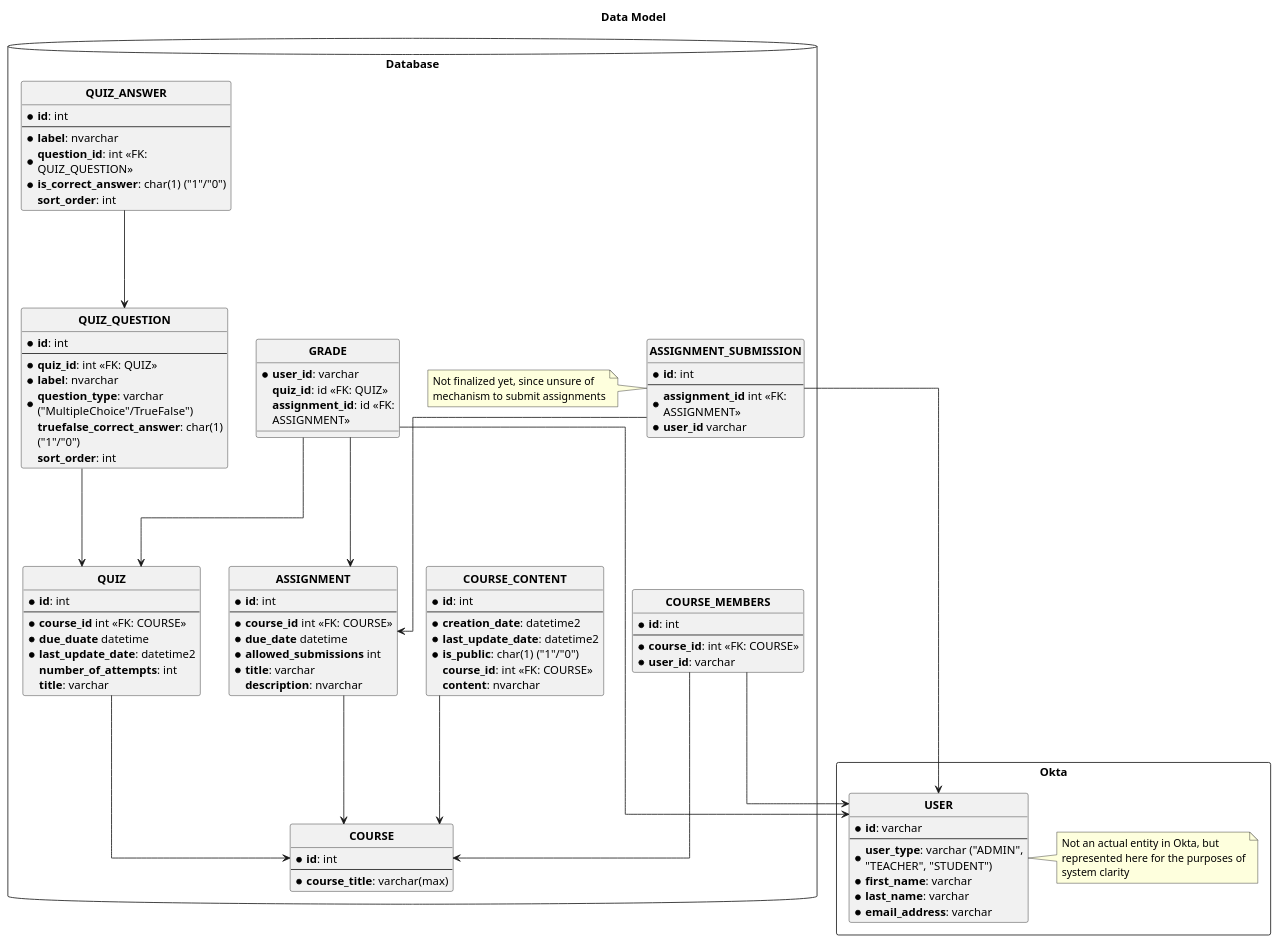
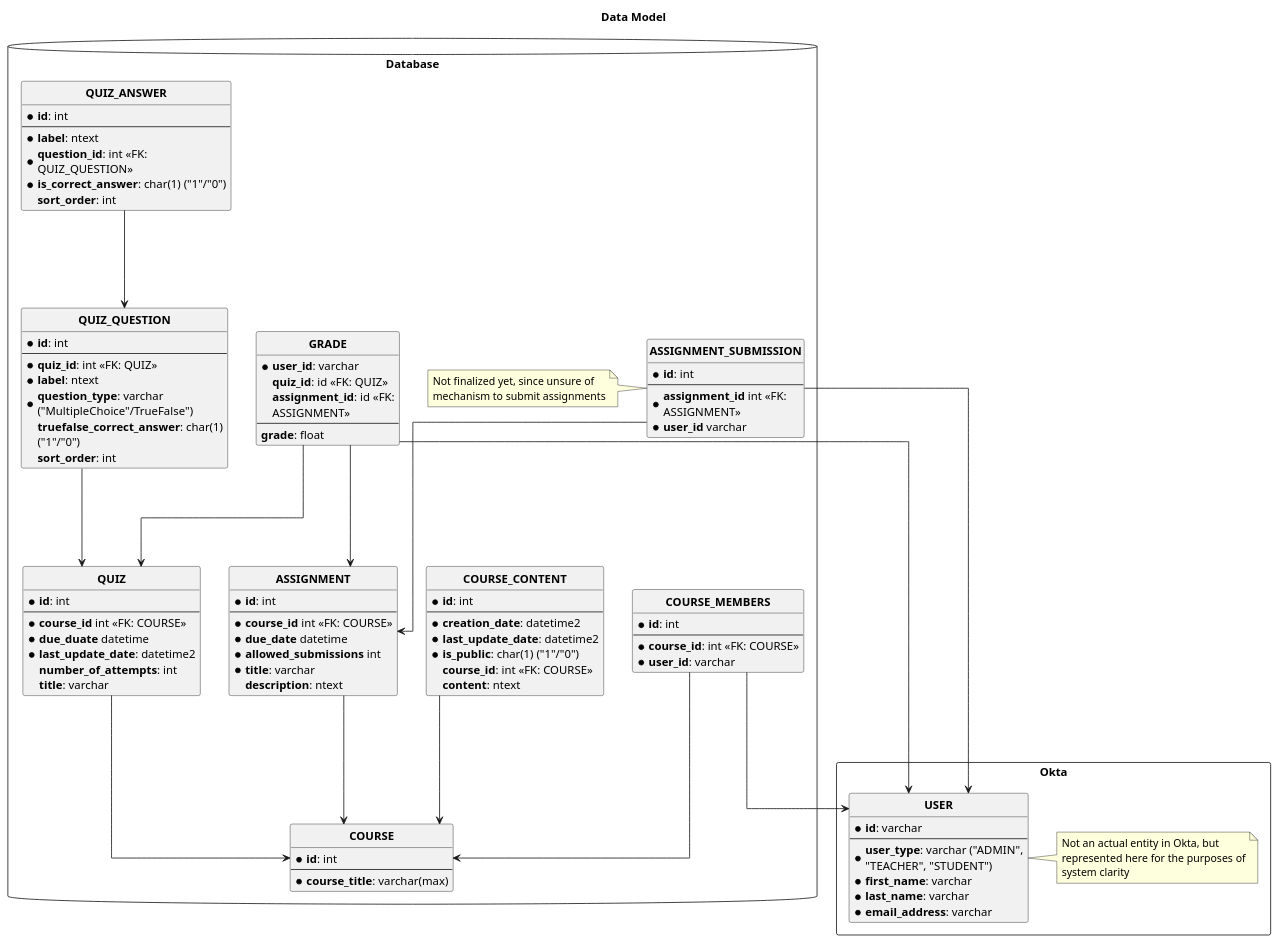
Before and after one commit to lightbulb-lms/documentation: the diagram in source/ERDiagram.puml, drawn with PlantUML.

Commit message:
Add grade value to grade Changed type to ntext for SQL Server support

```diff
--- a/source/ERDiagram.puml
+++ b/source/ERDiagram.puml
@@ -1,118 +1,120 @@
 @startuml
 skinparam WrapWidth 250
 skinparam MaxMessageSize 250
 title Data Model
 
 ' hide "E" circle around all entities
 hide circle
 
 ' avoid problems with angled crows feet
 skinparam linetype ortho
 
 package Okta <<Rectangle>> {
     entity "**USER**" as u {
         * **id**: varchar
         --
         * **user_type**: varchar ("ADMIN", "TEACHER", "STUDENT")
         * **first_name**: varchar
         * **last_name**: varchar
         * **email_address**: varchar
     }
     note right
         Not an actual entity in Okta, but represented here for the purposes of system clarity
     end note
 }
 
 package Database <<Database>> {
     entity "**COURSE**" as c {
         * **id**: int
         --
         * **course_title**: varchar(max)
     }
 
     entity "**COURSE_MEMBERS**" as cm {
         * **id**: int
         --
         * **course_id**: int <<FK: COURSE>>
         * **user_id**: varchar
     }
 
     entity "**COURSE_CONTENT**" as cc {
         * **id**: int
         --
         * **creation_date**: datetime2
         * **last_update_date**: datetime2
         * **is_public**: char(1) ("1"/"0")
         **course_id**: int <<FK: COURSE>>
-        **content**: nvarchar
+        **content**: ntext
     }
 
     entity "**QUIZ**" as q {
         * **id**: int
         --
         * **course_id** int <<FK: COURSE>>
         * **due_duate** datetime
         * **last_update_date**: datetime2
         **number_of_attempts**: int
         **title**: varchar
     }
 
     entity "**QUIZ_QUESTION**" as qq {
         * **id**: int
         --
         * **quiz_id**: int <<FK: QUIZ>>
-        * **label**: nvarchar
+        * **label**: ntext
         * **question_type**: varchar ("MultipleChoice"/TrueFalse")
         **truefalse_correct_answer**: char(1) ("1"/"0")
         **sort_order**: int
     }
 
     entity "**QUIZ_ANSWER**" as qa {
         * **id**: int
         --
-        * **label**: nvarchar
+        * **label**: ntext
         * **question_id**: int <<FK: QUIZ_QUESTION>>
         * **is_correct_answer**: char(1) ("1"/"0")
         **sort_order**: int
     }
 
     entity "**ASSIGNMENT**" as a {
         * **id**: int
         --
         * **course_id** int <<FK: COURSE>>
         * **due_date** datetime
         * **allowed_submissions** int
         * **title**: varchar
-        **description**: nvarchar
+        **description**: ntext
     }
 
     entity "**ASSIGNMENT_SUBMISSION**" as as {
         * **id**: int
         --
         * **assignment_id** int <<FK: ASSIGNMENT>>
         * **user_id** varchar
     }
     note left
         Not finalized yet, since unsure of mechanism to submit assignments
     end note
 
     entity "**GRADE**" as g {
         * **user_id**: varchar
         **quiz_id**: id <<FK: QUIZ>>
         **assignment_id**: id <<FK: ASSIGNMENT>>
+        --
+        **grade**: float
     }
 }
 
 cm ---> u
 cm ---> c
 cc ---> c
 q ---> c
 qq ---> q
 qa ---> qq
 a ---> c
 as ---> a
 as ---> u
 g ---> u
 g ---> q
 g ---> a
 @enduml
```
